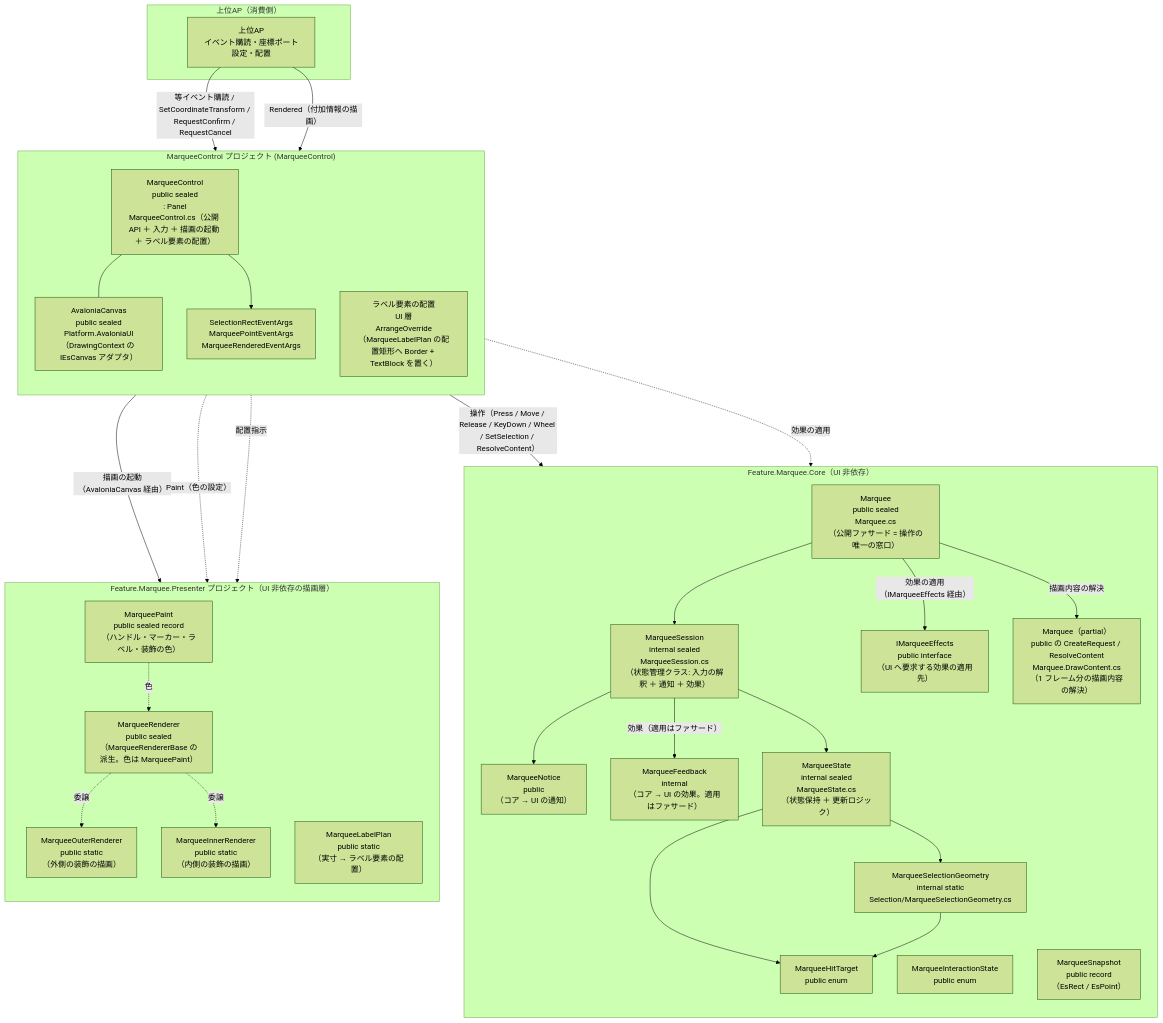
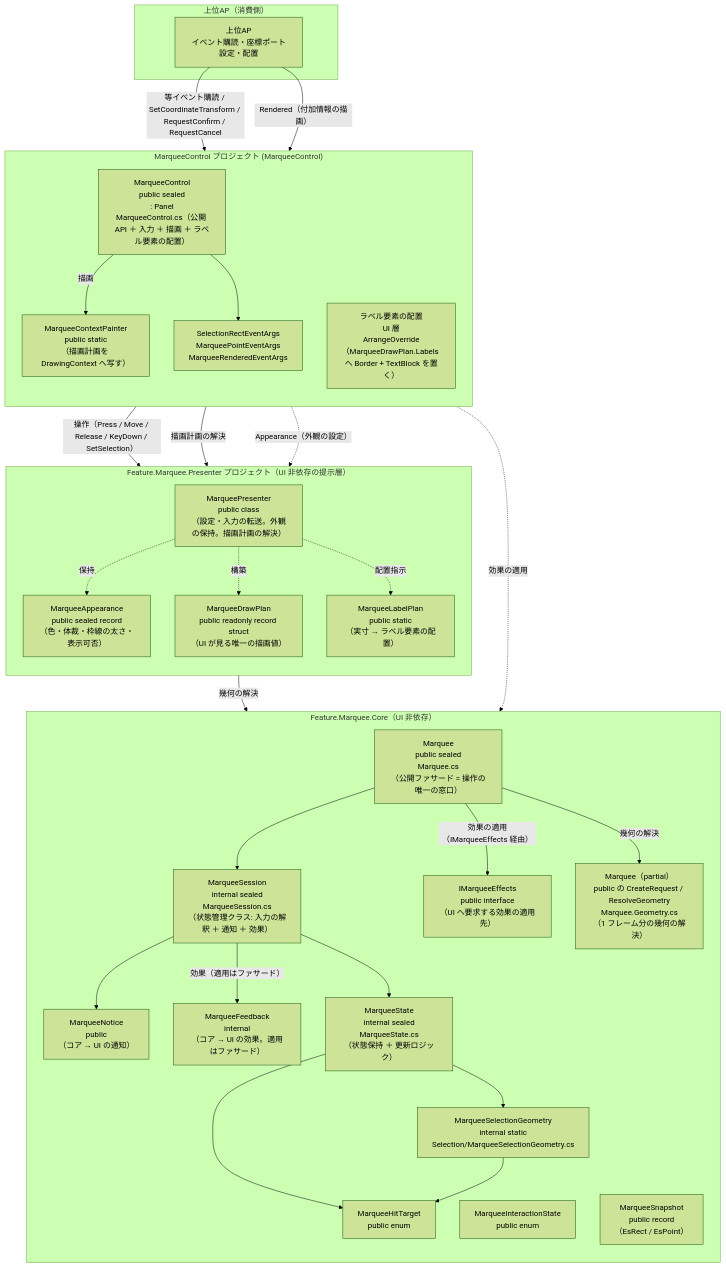
The first of 2 diagrams in src/MarqueeControl.AvaloniaUI/SPEC_System.md (tomokuni/SaveEvidence), drawn with Mermaid (forest theme) before and after one commit. The commit also changed other lines of this file and 19 other files, not shown here.

````diff
--- a/src/MarqueeControl.AvaloniaUI/SPEC_System.md
+++ b/src/MarqueeControl.AvaloniaUI/SPEC_System.md
@@ -99,57 +100,56 @@
 ```mermaid
 flowchart TB
     subgraph Host["上位AP（消費側）"]
         AP["上位AP<br/>イベント購読・座標ポート設定・配置"]
     end
     subgraph Core["Feature.Marquee.Core（UI 非依存）"]
         direction TB
         Fac["Marquee<br/>public sealed<br/>Marquee.cs<br/>（公開ファサード = 操作の唯一の窓口）"]
         Eff["IMarqueeEffects<br/>public interface<br/>（UI へ要求する効果の適用先）"]
         Ses["MarqueeSession<br/>internal sealed<br/>MarqueeSession.cs<br/>（状態管理クラス: 入力の解釈 ＋ 通知 ＋ 効果）"]
         Ntc["MarqueeNotice<br/>public<br/>（コア → UI の通知）"]
         Fbk["MarqueeFeedback<br/>internal<br/>（コア → UI の効果。適用はファサード）"]
         Stt["MarqueeState<br/>internal sealed<br/>MarqueeState.cs<br/>（状態保持 ＋ 更新ロジック）"]
         Geo["MarqueeSelectionGeometry<br/>internal static<br/>Selection/MarqueeSelectionGeometry.cs"]
         Hdl["MarqueeHitTarget<br/>public enum"]
         Hdl2["MarqueeInteractionState<br/>public enum"]
         Hdl3["MarqueeSnapshot<br/>public record<br/>（EsRect / EsPoint）"]
-        Frm["Marquee（partial）<br/>public の CreateRequest / ResolveContent<br/>Marquee.DrawContent.cs<br/>（1 フレーム分の描画内容の解決）"]
+        Frm["Marquee（partial）<br/>public の CreateRequest / ResolveGeometry<br/>Marquee.Geometry.cs<br/>（1 フレーム分の幾何の解決）"]
     end
     subgraph DRC2["MarqueeControl プロジェクト (MarqueeControl)"]
         direction TB
-        Ctl["MarqueeControl<br/>public sealed<br/>: Panel<br/>MarqueeControl.cs（公開 API ＋ 入力 ＋ 描画の起動 ＋ ラベル要素の配置）"]
-        Cvs["AvaloniaCanvas<br/>public sealed<br/>Platform.AvaloniaUI<br/>（DrawingContext の IEsCanvas アダプタ）"]
-        Lbl["ラベル要素の配置<br/>UI 層<br/>ArrangeOverride<br/>（MarqueeLabelPlan の配置矩形へ Border + TextBlock を置く）"]
+        Ctl["MarqueeControl<br/>public sealed<br/>: Panel<br/>MarqueeControl.cs（公開 API ＋ 入力 ＋ 描画 ＋ ラベル要素の配置）"]
+        Painter["MarqueeContextPainter<br/>public static<br/>（描画計画を DrawingContext へ写す）"]
+        Lbl["ラベル要素の配置<br/>UI 層<br/>ArrangeOverride<br/>（MarqueeDrawPlan.Labels へ Border + TextBlock を置く）"]
         Evt["SelectionRectEventArgs<br/>MarqueePointEventArgs<br/>MarqueeRenderedEventArgs"]
     end
-    subgraph Rnd2["Feature.Marquee.Presenter プロジェクト（UI 非依存の描画層）"]
+    subgraph Rnd2["Feature.Marquee.Presenter プロジェクト（UI 非依存の提示層）"]
         direction TB
-        Drw["MarqueeRenderer<br/>public sealed<br/>（MarqueeRendererBase の派生。色は MarqueePaint）"]
-        Pnt["MarqueePaint<br/>public sealed record<br/>（ハンドル・マーカー・ラベル・装飾の色）"]
-        Odr["MarqueeOuterRenderer<br/>public static<br/>（外側の装飾の描画）"]
-        Idr["MarqueeInnerRenderer<br/>public static<br/>（内側の装飾の描画）"]
+        Prs["MarqueePresenter<br/>public class<br/>（設定・入力の転送。外観の保持。描画計画の解決）"]
+        Plan["MarqueeDrawPlan<br/>public readonly record struct<br/>（UI が見る唯一の描画値）"]
+        Apx["MarqueeAppearance<br/>public sealed record<br/>（色・体裁・枠線の太さ・表示可否）"]
         Pln["MarqueeLabelPlan<br/>public static<br/>（実寸 → ラベル要素の配置）"]
     end
 
     AP -->|等イベント購読 / SetCoordinateTransform / RequestConfirm / RequestCancel| Ctl
     AP -->|Rendered（付加情報の描画）| Lbl
-    Ctl -->|操作（Press / Move / Release / KeyDown / Wheel / SetSelection / ResolveContent）| Fac
+    Ctl -->|操作（Press / Move / Release / KeyDown / SetSelection）| Prs
     Ctl -.->|効果の適用| Eff
-    Ctl -->|描画の起動（AvaloniaCanvas 経由）| Drw
-    Ctl -.->|Paint（色の設定）| Pnt
-    Pnt -.->|色| Drw
-    Drw -.->|委譲| Odr
-    Drw -.->|委譲| Idr
-    Ctl -.->|配置指示| Pln
-    Ctl --- Cvs
+    Ctl -->|描画計画の解決| Prs
+    Ctl -->|描画| Painter
+    Ctl -.->|Appearance（外観の設定）| Prs
+    Prs -.->|保持| Apx
+    Prs -.->|構築| Plan
+    Prs -.->|配置指示| Pln
+    Prs -->|幾何の解決| Fac
     Fac --> Ses
     Fac -->|効果の適用（IMarqueeEffects 経由）| Eff
-    Fac -->|描画内容の解決| Frm
+    Fac -->|幾何の解決| Frm
     Ctl --> Evt
     Ses --> Ntc
     Ses -->|効果（適用はファサード）| Fbk
     Ses --> Stt
     Stt --> Geo
     Stt --> Hdl
     Geo --> Hdl
 ```
````
